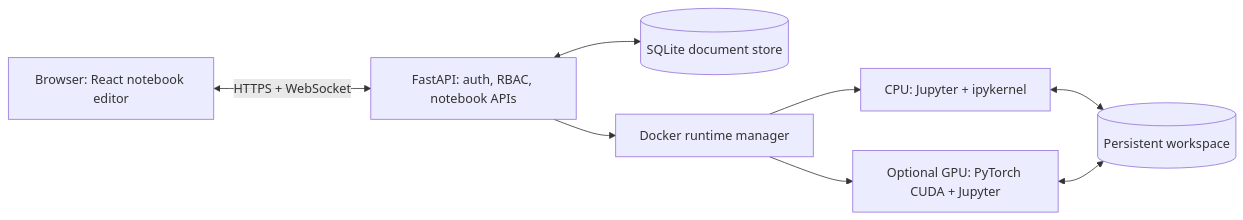
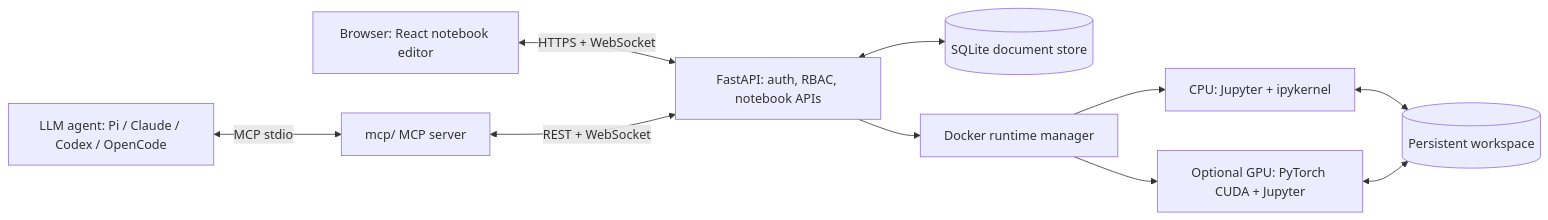
One commit to 1998x-stack/Nebula-Notebook changed the diagram in README.md. Above: the diagram before and after it, drawn with Mermaid. The commit also changed other lines of this file and 12 other files, not shown here.

First line of the commit message:
docs: document MCP agent integration and the transient autosave fix

````diff
--- a/README.md
+++ b/README.md
@@ -34,10 +35,12 @@
 ```mermaid
 flowchart LR
   Browser[Browser: React notebook editor] <-->|HTTPS + WebSocket| API[FastAPI: auth, RBAC, notebook APIs]
+  Agent[LLM agent: Pi / Claude / Codex / OpenCode] <-->|MCP stdio| MCP[mcp/ MCP server]
+  MCP <-->|REST + WebSocket| API
   API <--> DB[(SQLite document store)]
   API --> Manager[Docker runtime manager]
   Manager --> CPU[CPU: Jupyter + ipykernel]
   Manager --> GPU[Optional GPU: PyTorch CUDA + Jupyter]
   CPU <--> Workspace[(Persistent workspace)]
   GPU <--> Workspace
 ```
````
